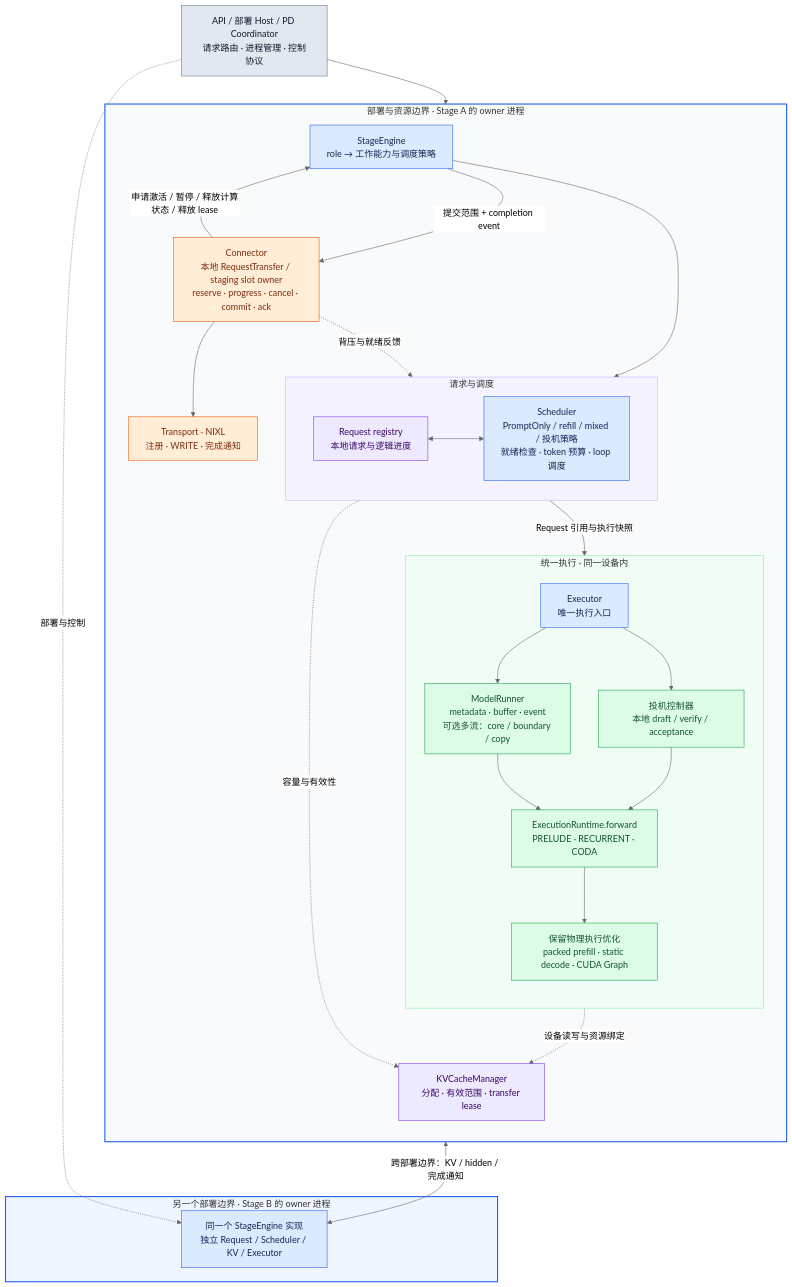
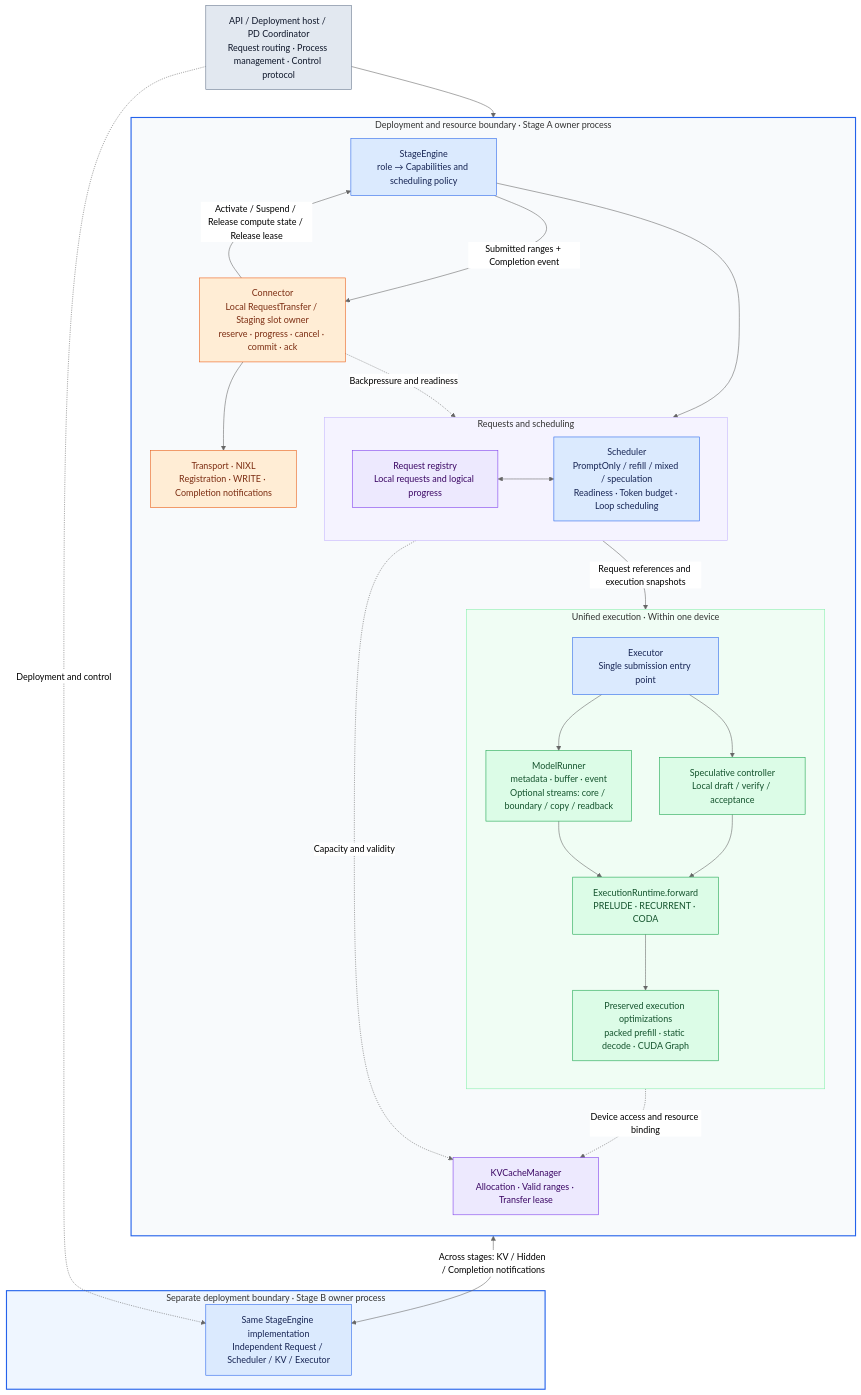
Before and after one commit to 0z5a/vllm-rlt: the diagram in docs/diagrams/stage-architecture.mmd, drawn with Mermaid (neutral theme). The commit also changed 14 other files, not shown here.

Commit message:
docs: document stage philosophy and translate architecture guides

```diff
--- a/docs/diagrams/stage-architecture.mmd
+++ b/docs/diagrams/stage-architecture.mmd
@@ -1,54 +1,54 @@
 flowchart TB
-    host["API / 部署 Host / PD Coordinator<br/>请求路由 · 进程管理 · 控制协议"]
-    subgraph owner["部署与资源边界 · Stage A 的 owner 进程"]
+    host["API / Deployment host / PD Coordinator<br/>Request routing · Process management · Control protocol"]
+    subgraph owner["Deployment and resource boundary · Stage A owner process"]
       direction TB
-      config["StageEngine<br/>role → 工作能力与调度策略"]
-      subgraph control["请求与调度"]
+      config["StageEngine<br/>role → Capabilities and scheduling policy"]
+      subgraph control["Requests and scheduling"]
         direction LR
-        req["Request registry<br/>本地请求与逻辑进度"]
-        sched["Scheduler<br/>PromptOnly / refill / mixed / 投机策略<br/>就绪检查 · token 预算 · loop 调度"]
+        req["Request registry<br/>Local requests and logical progress"]
+        sched["Scheduler<br/>PromptOnly / refill / mixed / speculation<br/>Readiness · Token budget · Loop scheduling"]
         req <--> sched
       end
-      subgraph execution["统一执行 · 同一设备内"]
+      subgraph execution["Unified execution · Within one device"]
         direction TB
-        exe["Executor<br/>唯一执行入口"]
-        runner["ModelRunner<br/>metadata · buffer · event<br/>可选多流：core / boundary / copy"]
-        spec["投机控制器<br/>本地 draft / verify / acceptance"]
+        exe["Executor<br/>Single submission entry point"]
+        runner["ModelRunner<br/>metadata · buffer · event<br/>Optional streams: core / boundary / copy / readback"]
+        spec["Speculative controller<br/>Local draft / verify / acceptance"]
         forward["ExecutionRuntime.forward<br/>PRELUDE · RECURRENT · CODA"]
-        fast["保留物理执行优化<br/>packed prefill · static decode · CUDA Graph"]
+        fast["Preserved execution optimizations<br/>packed prefill · static decode · CUDA Graph"]
         exe --> runner & spec
         runner & spec --> forward
         forward --> fast
       end
-      kv["KVCacheManager<br/>分配 · 有效范围 · transfer lease"]
-      conn["Connector<br/>本地 RequestTransfer / staging slot owner<br/>reserve · progress · cancel · commit · ack"]
+      kv["KVCacheManager<br/>Allocation · Valid ranges · Transfer lease"]
+      conn["Connector<br/>Local RequestTransfer / Staging slot owner<br/>reserve · progress · cancel · commit · ack"]
       config --> req
-      sched -->|Request 引用与执行快照| exe
-      sched -.->|容量与有效性| kv
-      runner -.->|设备读写与资源绑定| kv
-      conn -.->|背压与就绪反馈| sched
-      config -->|提交范围 + completion event| conn
-      conn -->|申请激活 / 暂停 / 释放计算状态 / 释放 lease| config
-      transport["Transport · NIXL<br/>注册 · WRITE · 完成通知"]
+      sched -->|Request references and execution snapshots| exe
+      sched -.->|Capacity and validity| kv
+      runner -.->|Device access and resource binding| kv
+      conn -.->|Backpressure and readiness| sched
+      config -->|Submitted ranges + Completion event| conn
+      conn -->|Activate / Suspend / Release compute state / Release lease| config
+      transport["Transport · NIXL<br/>Registration · WRITE · Completion notifications"]
       conn --> transport
     end
-    subgraph peer["另一个部署边界 · Stage B 的 owner 进程"]
-      remote["同一个 StageEngine 实现<br/>独立 Request / Scheduler / KV / Executor"]
+    subgraph peer["Separate deployment boundary · Stage B owner process"]
+      remote["Same StageEngine implementation<br/>Independent Request / Scheduler / KV / Executor"]
     end
     host --> config
-    host -.->|部署与控制| remote
-    transport <-->|跨部署边界：KV / hidden / 完成通知| remote
+    host -.->|Deployment and control| remote
+    transport <-->|Across stages: KV / Hidden / Completion notifications| remote
     classDef api fill:#e2e8f0,stroke:#64748b,color:#0f172a;
     classDef engine fill:#dbeafe,stroke:#2563eb,color:#172554;
     classDef compute fill:#dcfce7,stroke:#16a34a,color:#14532d;
     classDef state fill:#ede9fe,stroke:#7c3aed,color:#3b0764;
     classDef transport fill:#ffedd5,stroke:#ea580c,color:#7c2d12;
     class host api;
     class config,remote,sched,exe engine;
     class runner,spec,forward,fast compute;
     class req,kv state;
     class conn,transport transport;
     style owner fill:#f8fafc,stroke:#2563eb,stroke-width:2px
     style control fill:#f5f3ff,stroke:#c4b5fd
     style execution fill:#f0fdf4,stroke:#86efac
     style peer fill:#eff6ff,stroke:#2563eb,stroke-width:2px
```
